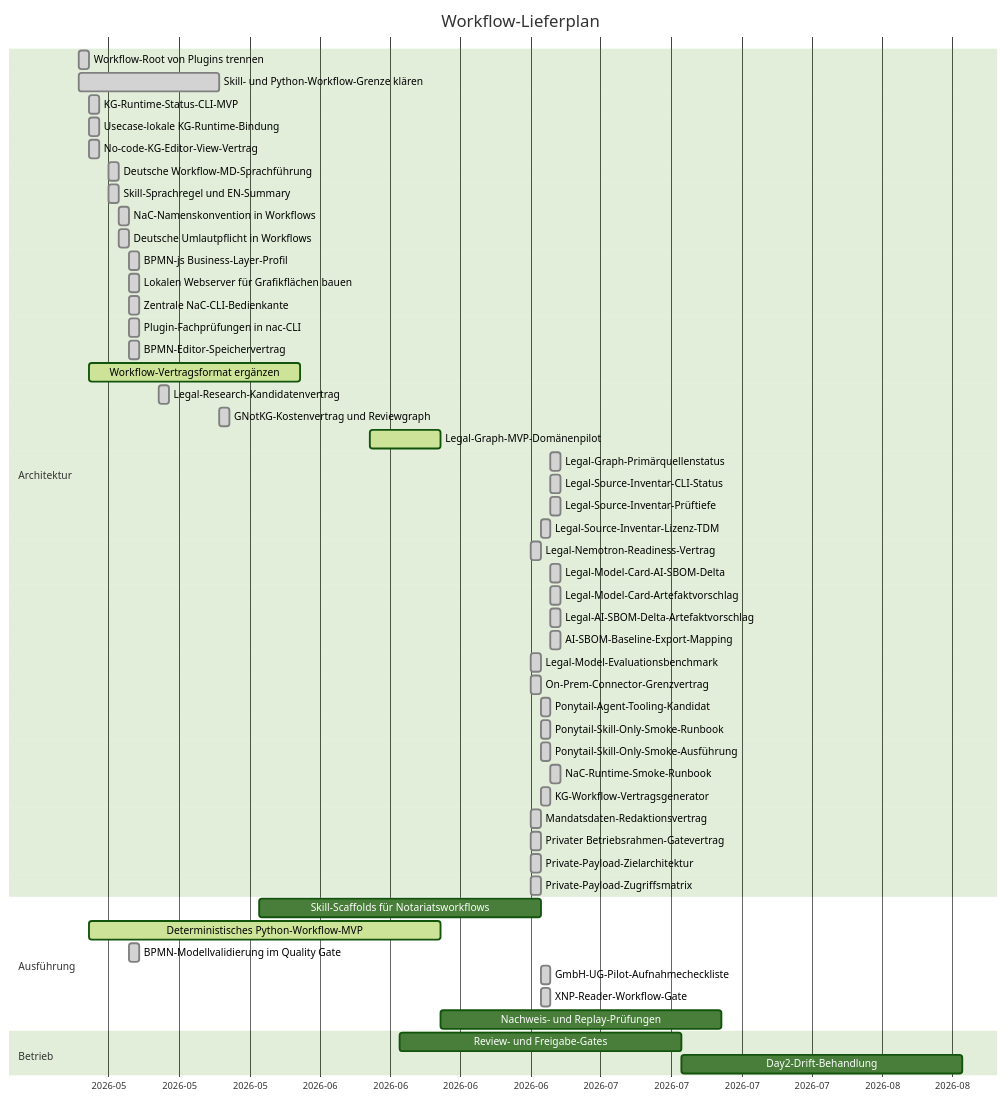
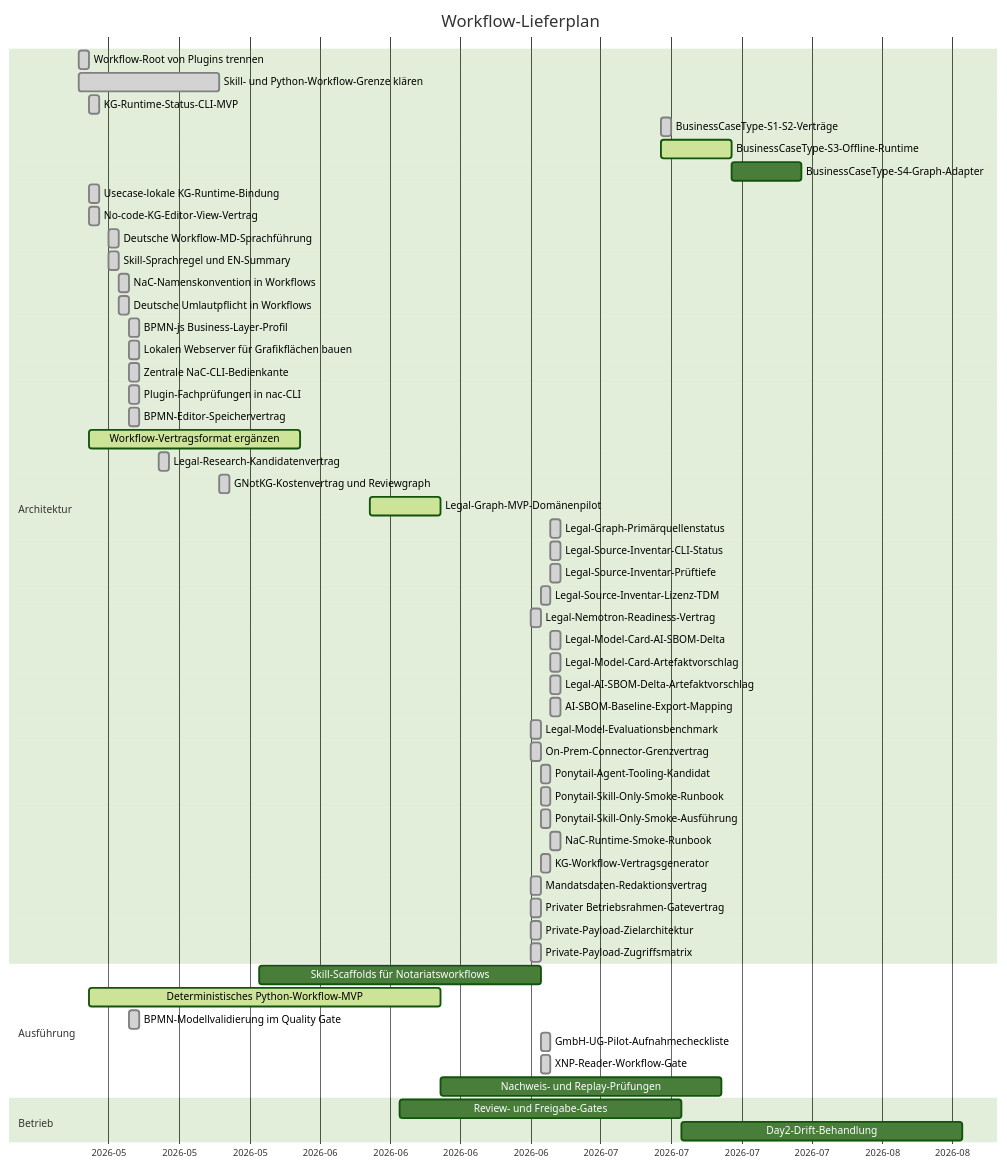
One commit to notariat8/NaC changed the diagram in workflows/GANTT.md. Above: the diagram before and after it, drawn with Mermaid (forest theme). The commit also changed other lines of this file and 32 other files, not shown here.

Commit message:
feat: add business case type runtime s3

````diff
--- a/workflows/GANTT.md
+++ b/workflows/GANTT.md
@@ -5,58 +5,61 @@
 ```mermaid
 gantt
     title Workflow-Lieferplan
     dateFormat  YYYY-MM-DD
     axisFormat  %Y-%m
 
     section Architektur
     Workflow-Root von Plugins trennen          :done,   w1, 2026-05-14, 1d
     Skill- und Python-Workflow-Grenze klären  :done,   w2, 2026-05-14, 14d
     KG-Runtime-Status-CLI-MVP                  :done,   w3, 2026-05-15, 1d
+    BusinessCaseType-S1-S2-Verträge            :done,   w3b, 2026-07-11, 1d
+    BusinessCaseType-S3-Offline-Runtime         :active, w3c, 2026-07-11, 7d
+    BusinessCaseType-S4-Graph-Adapter           :       w3d, after w3c, 7d
     Usecase-lokale KG-Runtime-Bindung          :done,   w3a, 2026-05-15, 1d
     No-code-KG-Editor-View-Vertrag             :done,   w4a, 2026-05-15, 1d
     Deutsche Workflow-MD-Sprachführung        :done,   w4b, 2026-05-17, 1d
     Skill-Sprachregel und EN-Summary            :done,   w4c, 2026-05-17, 1d
     NaC-Namenskonvention in Workflows           :done,   w4d, 2026-05-18, 1d
     Deutsche Umlautpflicht in Workflows         :done,   w4e, 2026-05-18, 1d
     BPMN-js Business-Layer-Profil               :done,   w4f, 2026-05-19, 1d
     Lokalen Webserver für Grafikflächen bauen  :done,   w4g, 2026-05-19, 1d
     Zentrale NaC-CLI-Bedienkante                :done,   w4h, 2026-05-19, 1d
     Plugin-Fachprüfungen in nac-CLI             :done,   w4i, 2026-05-19, 1d
     BPMN-Editor-Speichervertrag                 :done,   w4j, 2026-05-19, 1d
     Workflow-Vertragsformat ergänzen          :active, w4, 2026-05-15, 21d
     Legal-Research-Kandidatenvertrag           :done,   w4k, 2026-05-22, 1d
     GNotKG-Kostenvertrag und Reviewgraph        :done,   w4l, 2026-05-28, 1d
     Legal-Graph-MVP-Domänenpilot              :active, w4m, 2026-06-12, 7d
     Legal-Graph-Primärquellenstatus            :done,   w4z, 2026-06-30, 1d
     Legal-Source-Inventar-CLI-Status           :done,   w4aa, 2026-06-30, 1d
     Legal-Source-Inventar-Prüftiefe            :done,   w4af, 2026-06-30, 1d
     Legal-Source-Inventar-Lizenz-TDM           :done,   w4u, 2026-06-29, 1d
     Legal-Nemotron-Readiness-Vertrag            :done,   w4s, 2026-06-28, 1d
     Legal-Model-Card-AI-SBOM-Delta             :done,   w4ab, 2026-06-30, 1d
     Legal-Model-Card-Artefaktvorschlag         :done,   w4ac, 2026-06-30, 1d
     Legal-AI-SBOM-Delta-Artefaktvorschlag      :done,   w4ad, 2026-06-30, 1d
     AI-SBOM-Baseline-Export-Mapping            :done,   w4ae, 2026-06-30, 1d
     Legal-Model-Evaluationsbenchmark           :done,   w4t, 2026-06-28, 1d
     On-Prem-Connector-Grenzvertrag            :done,   w4n, 2026-06-28, 1d
     Ponytail-Agent-Tooling-Kandidat            :done,   w4v, 2026-06-29, 1d
     Ponytail-Skill-Only-Smoke-Runbook          :done,   w4w, 2026-06-29, 1d
     Ponytail-Skill-Only-Smoke-Ausführung       :done,   w4x, 2026-06-29, 1d
     NaC-Runtime-Smoke-Runbook                  :done,   w4ag, 2026-06-30, 1d
     KG-Workflow-Vertragsgenerator              :done,   w4y, 2026-06-29, 1d
     Mandatsdaten-Redaktionsvertrag             :done,   w4o, 2026-06-28, 1d
     Privater Betriebsrahmen-Gatevertrag        :done,   w4p, 2026-06-28, 1d
     Private-Payload-Zielarchitektur            :done,   w4q, 2026-06-28, 1d
     Private-Payload-Zugriffsmatrix             :done,   w4r, 2026-06-28, 1d
 
     section Ausführung
     Skill-Scaffolds für Notariatsworkflows    :        w5, 2026-06-01, 28d
     Deterministisches Python-Workflow-MVP      :active, w6, 2026-05-15, 35d
     BPMN-Modellvalidierung im Quality Gate      :done,   w6a, 2026-05-19, 1d
     GmbH-UG-Pilot-Aufnahmecheckliste           :done,   w6b, 2026-06-29, 1d
     XNP-Reader-Workflow-Gate                   :done,   w6c, 2026-06-29, 1d
     Nachweis- und Replay-Prüfungen            :        w7, after w6, 28d
 
     section Betrieb
     Review- und Freigabe-Gates                 :        w8, 2026-06-15, 28d
     Day2-Drift-Behandlung                      :        w9, after w8, 28d
 ```
````
